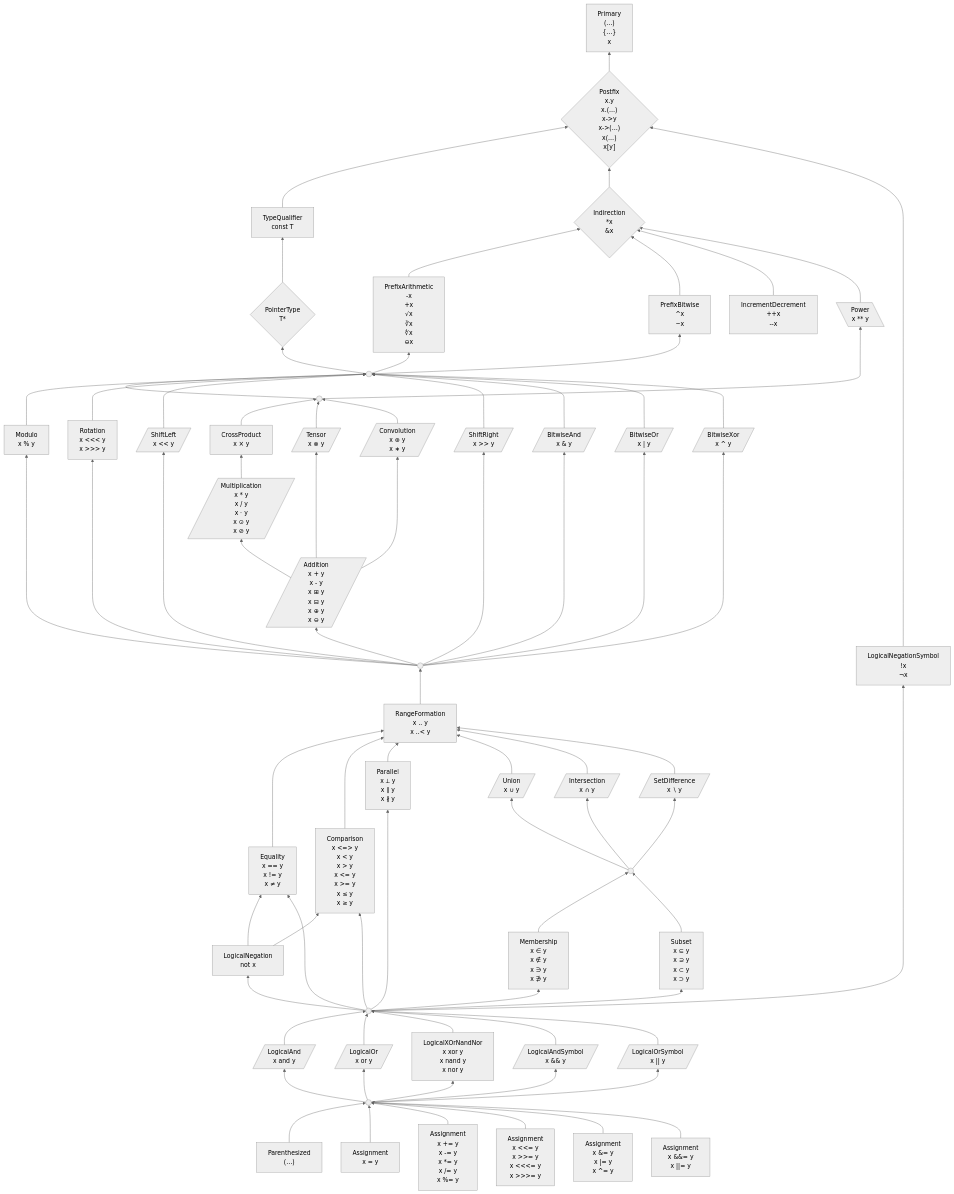
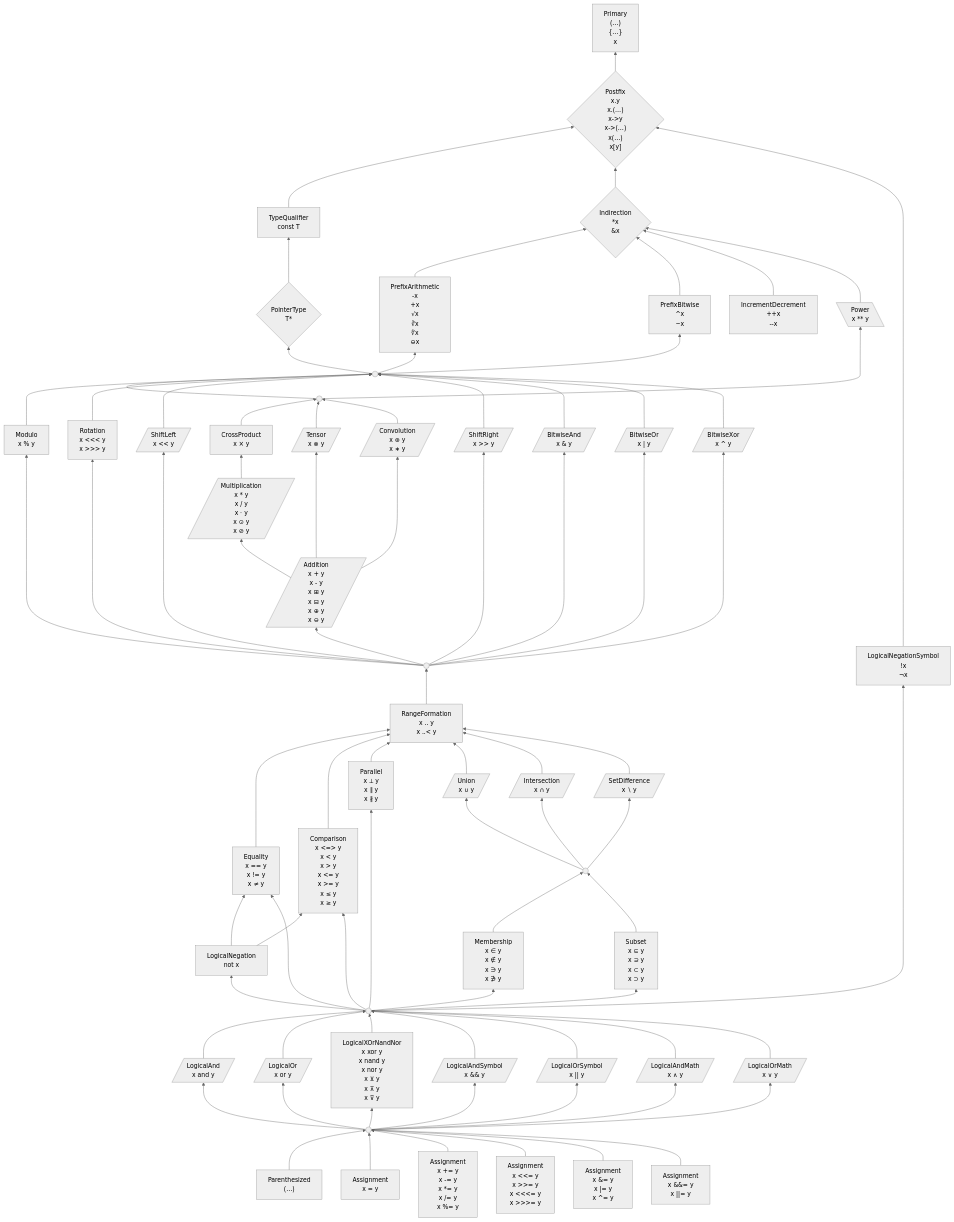
One commit to laro/Cilia changed the first of 2 diagrams in 6 .../2 Unfinished Ideas.md. Above: the diagram before and after it, drawn with Mermaid (neutral theme). The commit also changed other lines of this file, not shown here.

```diff
--- a/6 .../2 Unfinished Ideas.md
+++ b/6 .../2 Unfinished Ideas.md
@@ -366,7 +366,7 @@
     %% as["Cast
 %%x as T"]
 
-    and & or & xorNandNor & andSymbol & orSymbol --> logicalOperand
+    and & or & xorNandNor & andSymbol & orSymbol & andMath & orMath --> logicalOperand
     and[/"LogicalAnd
 x and y"/]
     or[/"LogicalOr
@@ -374,15 +374,22 @@
     xorNandNor["LogicalXOrNandNor
 x xor y
 x nand y
-x nor y"]
+x nor y
+x ⊻ y
+x ⊼ y
+x ⊽ y"]
     andSymbol[/"LogicalAndSymbol
 x && y"/]
     orSymbol[/"LogicalOrSymbol
 x || y"/]
+    andMath[/"LogicalAndMath
+x ∧ y"/]
+    orMath[/"LogicalOrMath
+x ∨ y"/]
 
 
     %% logicalExpression ---> as
-    logicalExpression --> and & or & xorNandNor & andSymbol & orSymbol
+    logicalExpression --> and & or & xorNandNor & andSymbol & orSymbol & andMath & orMath
     logicalExpression((" "))
 
 
```
